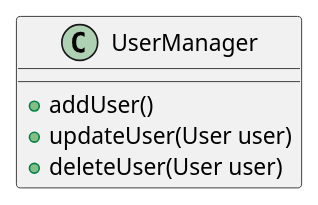
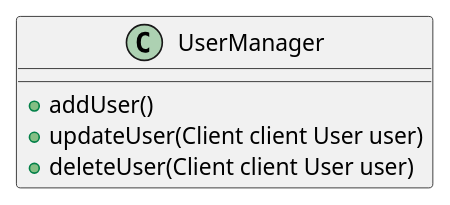
One commit to laurasullyalexandrine/BileMo changed the diagram in diagrams-uml/Class/UserManager.puml. Above: the diagram before and after it, drawn with PlantUML. The commit also changed 2 other files, not shown here.

Commit message:
updated class diagram and added ClientManager

```diff
--- a/diagrams-uml/Class/UserManager.puml
+++ b/diagrams-uml/Class/UserManager.puml
@@ -1,11 +1,11 @@
 @startuml UserManager
 
 Class UserManager {
 
     + addUser()
-    + updateUser(User user)
-    + deleteUser(User user)
+    + updateUser(Client client User user)
+    + deleteUser(Client client User user)
     
     }
 
 @enduml
```
